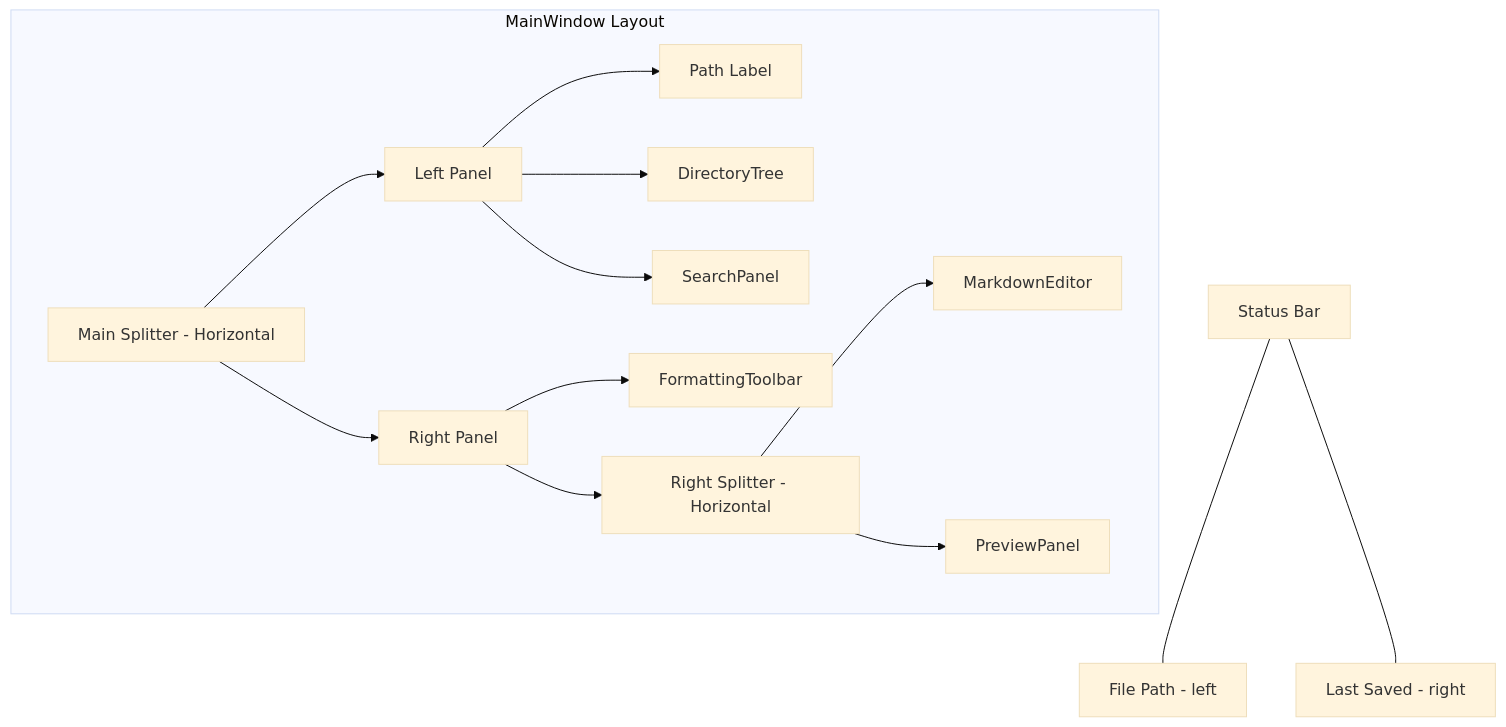
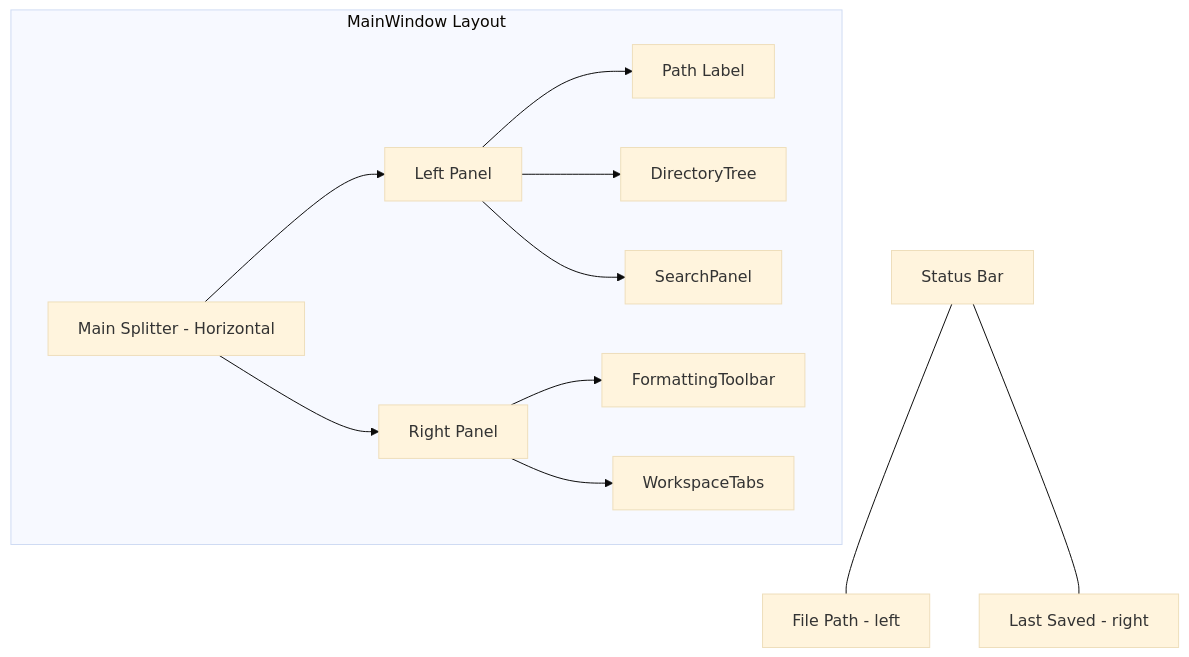
The fourth of 7 diagrams in ARCHITECTURE.md (nguyenl/drnotes), drawn with Mermaid (base theme) before and after one commit. The commit also changed other lines of this file and 16 other files, not shown here.

````diff
--- a/ARCHITECTURE.md
+++ b/ARCHITECTURE.md
@@ -140,20 +133,18 @@
 ```mermaid
 graph TD
     subgraph MainWindow Layout
         MS[Main Splitter - Horizontal]
         MS --> LP[Left Panel]
         MS --> RP[Right Panel]
 
         LP --> PL[Path Label]
         LP --> DT[DirectoryTree]
         LP --> SP[SearchPanel]
 
         RP --> TB[FormattingToolbar]
-        RP --> RS[Right Splitter - Horizontal]
-        RS --> ED[MarkdownEditor]
-        RS --> PP[PreviewPanel]
+        RP --> WT[WorkspaceTabs]
     end
 
     SB[Status Bar] --- FP[File Path - left]
     SB --- LS[Last Saved - right]
 ```
````
